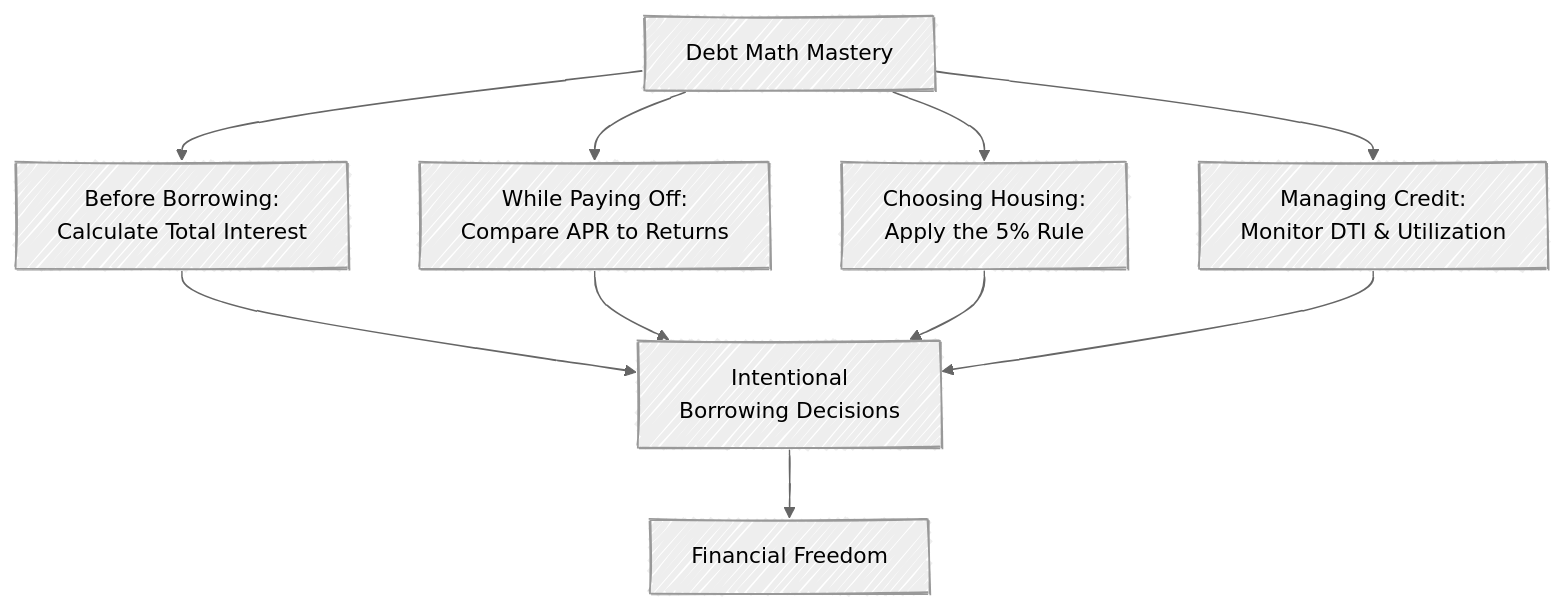
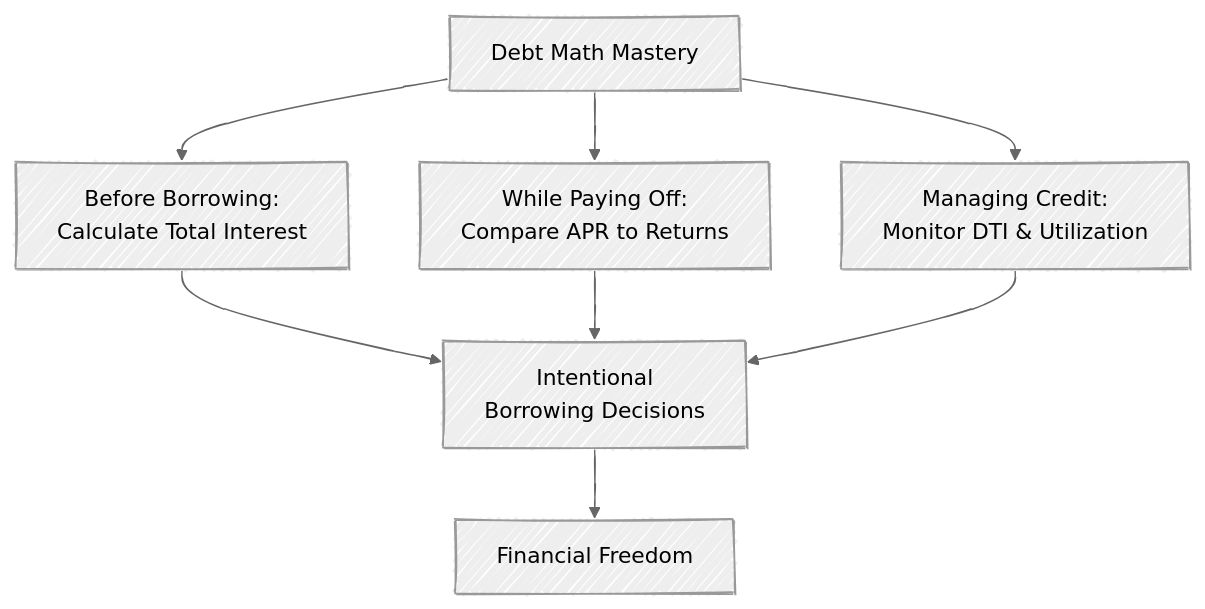
One commit to mjfrigaard/fm-finance changed the fifth of 5 diagrams in managing_debt.qmd. Above: the diagram before and after it, drawn with Mermaid. The commit also changed other lines of this file and 14 other files, not shown here.

Commit message:
updates to budgeting, managing_debt, and maths

````diff
--- a/managing_debt.qmd
+++ b/managing_debt.qmd
@@ -416,18 +522,16 @@
 ```{mermaid}
 %%| fig-cap: 'Putting the Math to Work'
 %%| fig-align: center
 %%{init: {'theme': 'neutral', 'look': 'handDrawn', 'themeVariables': { 'fontFamily': 'monospace', "fontSize":"16px"}}}%%
 
 flowchart TD
     DebtMath[Debt Math Mastery] --> Decision1[Before Borrowing:<br/>Calculate Total Interest]
     DebtMath --> Decision2[While Paying Off:<br/>Compare APR to Returns]
-    DebtMath --> Decision3[Choosing Housing:<br/>Apply the 5% Rule]
-    DebtMath --> Decision4[Managing Credit:<br/>Monitor DTI & Utilization]
-    
+    DebtMath --> Decision3[Managing Credit:<br/>Monitor DTI & Utilization]
+
     Decision1 --> Outcome[Intentional<br/>Borrowing Decisions]
     Decision2 --> Outcome
     Decision3 --> Outcome
-    Decision4 --> Outcome
-    
+
     Outcome --> Freedom[Financial Freedom]
 ```
````
